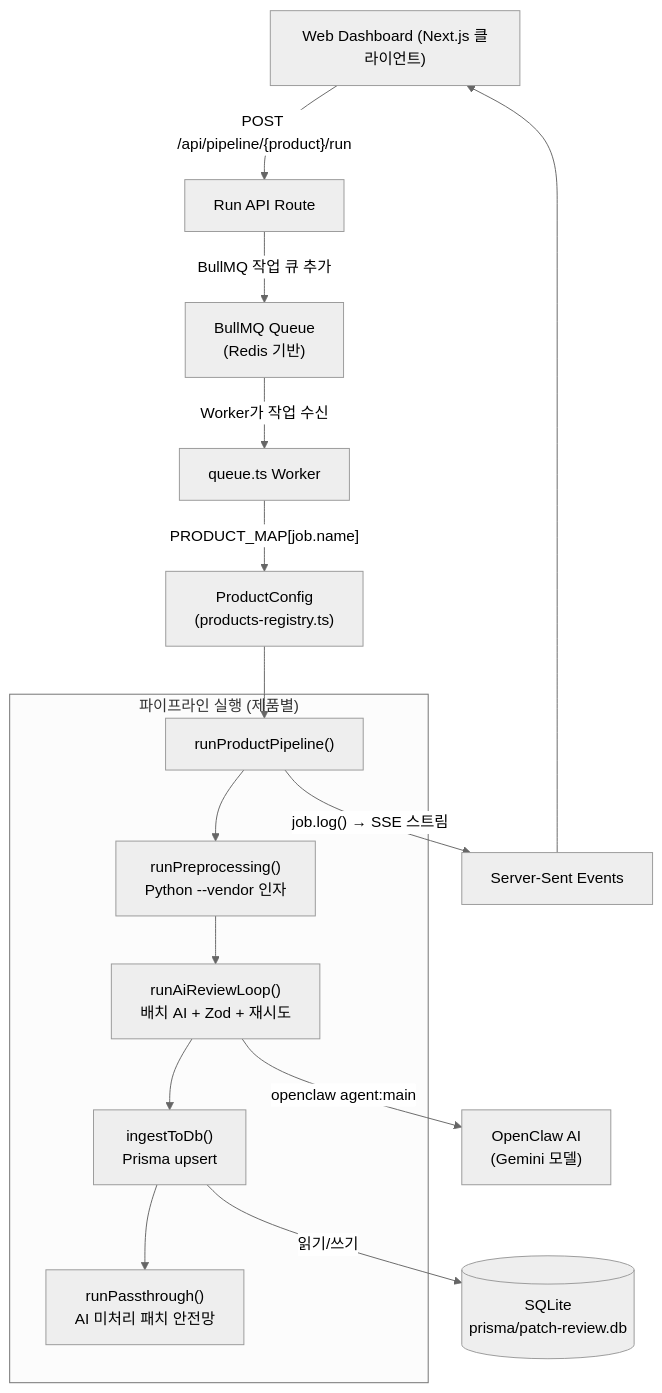
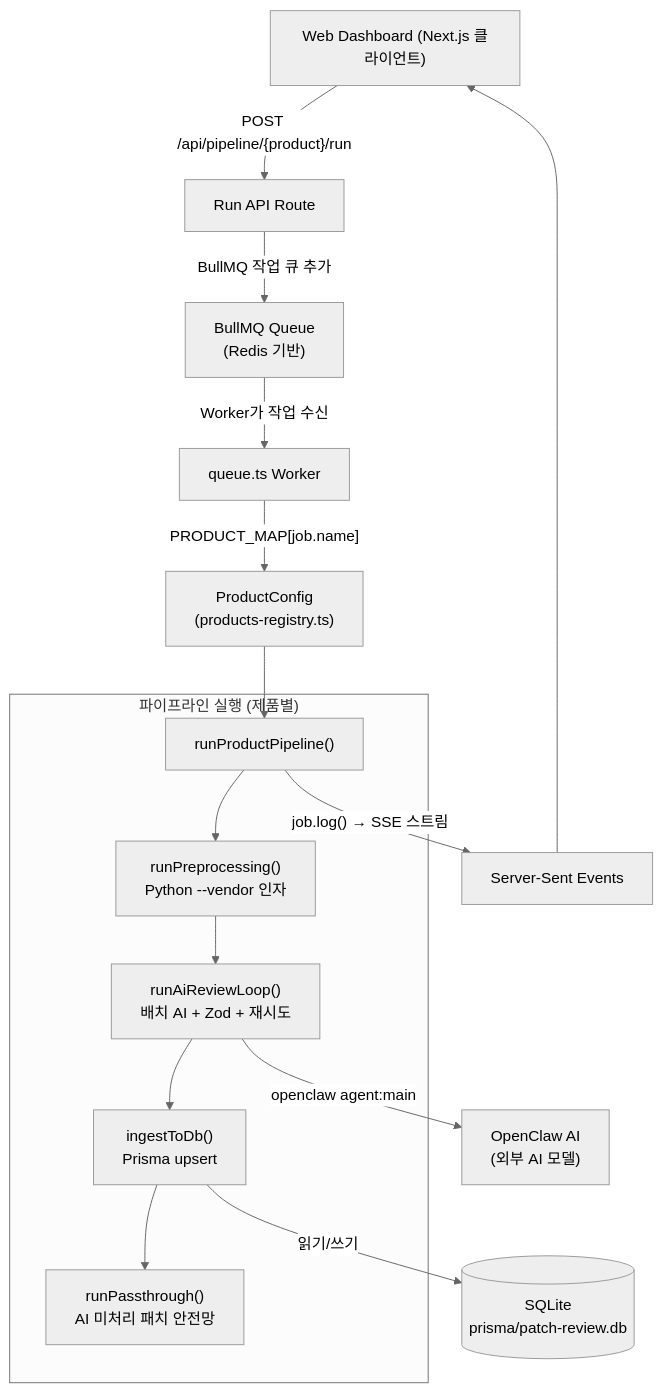
The diagram in docs/architecture_ko.md (pjhwa/patch-review-dashboard-v2), drawn with Mermaid (neutral theme) before and after one commit. The commit also changed 8 other files, not shown here.

````diff
--- a/docs/architecture_ko.md
+++ b/docs/architecture_ko.md
@@ -15,22 +15,22 @@
 ```mermaid
 graph TD
     UI["Web Dashboard (Next.js 클라이언트)"]
     UI -- "POST /api/pipeline/{product}/run" --> RUN["Run API Route"]
     RUN -- "BullMQ 작업 큐 추가" --> QUEUE["BullMQ Queue\n(Redis 기반)"]
     QUEUE -- "Worker가 작업 수신" --> WORKER["queue.ts Worker"]
 
     WORKER -- "PRODUCT_MAP[job.name]" --> REG["ProductConfig\n(products-registry.ts)"]
     REG --> PIPE["runProductPipeline()"]
 
     subgraph "파이프라인 실행 (제품별)"
         PIPE --> PRE["runPreprocessing()\nPython --vendor 인자"]
         PRE --> AI_LOOP["runAiReviewLoop()\n배치 AI + Zod + 재시도"]
         AI_LOOP --> INGEST["ingestToDb()\nPrisma upsert"]
         INGEST --> PT["runPassthrough()\nAI 미처리 패치 안전망"]
     end
 
     PIPE -- "job.log() → SSE 스트림" --> SSE["Server-Sent Events"]
     SSE --> UI
     INGEST -- "읽기/쓰기" --> DB[("SQLite\nprisma/patch-review.db")]
-    AI_LOOP -- "openclaw agent:main" --> OPENCLAW["OpenClaw AI\n(Gemini 모델)"]
+    AI_LOOP -- "openclaw agent:main" --> OPENCLAW["OpenClaw AI\n(외부 AI 모델)"]
 ```
````
